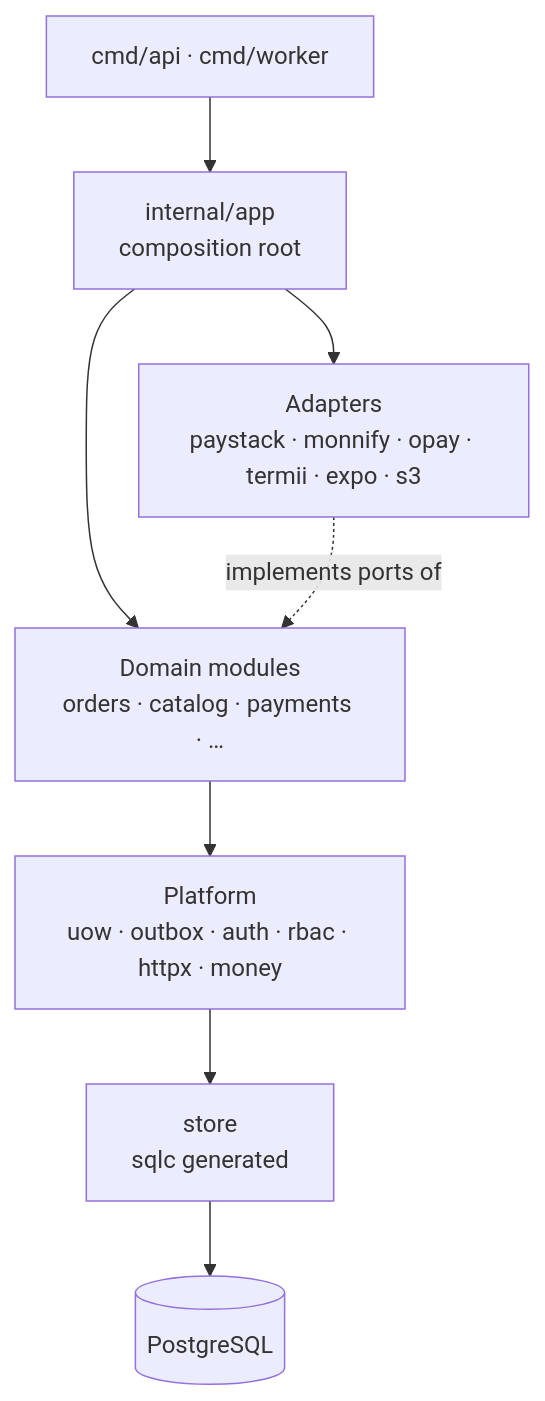
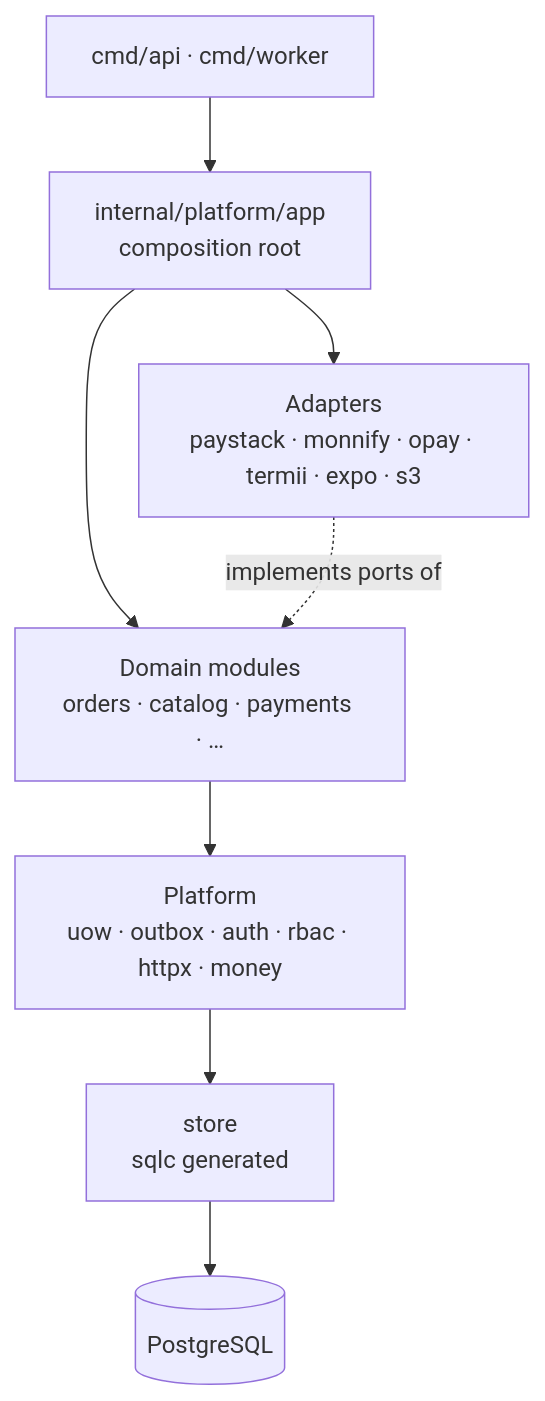
One commit to dprince-03/TechShop changed the first of 8 diagrams in docs/backend.md. Above: the diagram before and after it, drawn with Mermaid. The commit also changed 151 other files, not shown here.

Commit message:
refactor(backend): move features to internal/modules and plumbing to internal/platform

````diff
--- a/docs/backend.md
+++ b/docs/backend.md
@@ -72,10 +72,10 @@
 ```mermaid
 flowchart TB
-  CMD[cmd/api · cmd/worker] --> APP[internal/app<br/>composition root]
+  CMD[cmd/api · cmd/worker] --> APP[internal/platform/app<br/>composition root]
   APP --> MOD[Domain modules<br/>orders · catalog · payments · …]
   APP --> ADP[Adapters<br/>paystack · monnify · opay · termii · expo · s3]
   MOD --> PLAT[Platform<br/>uow · outbox · auth · rbac · httpx · money]
   ADP -.implements ports of.-> MOD
   PLAT --> STORE[store<br/>sqlc generated]
   STORE --> DB[(PostgreSQL)]
 ```
````
